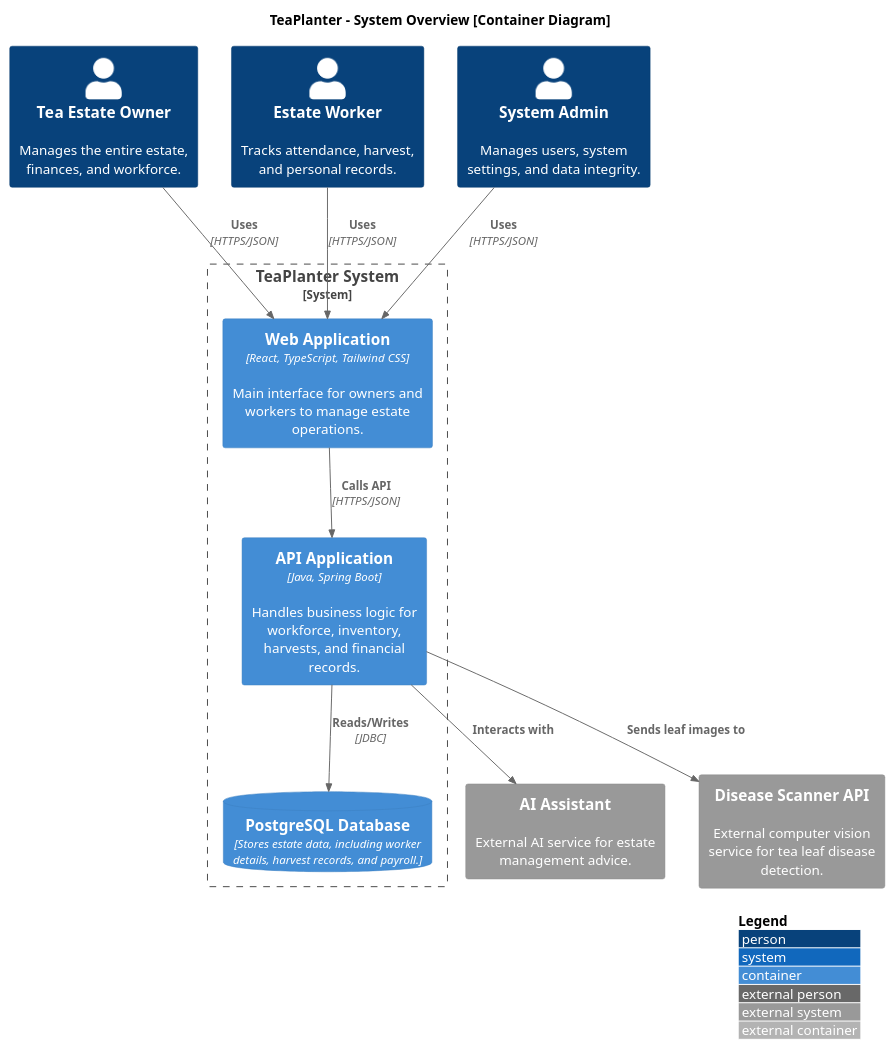
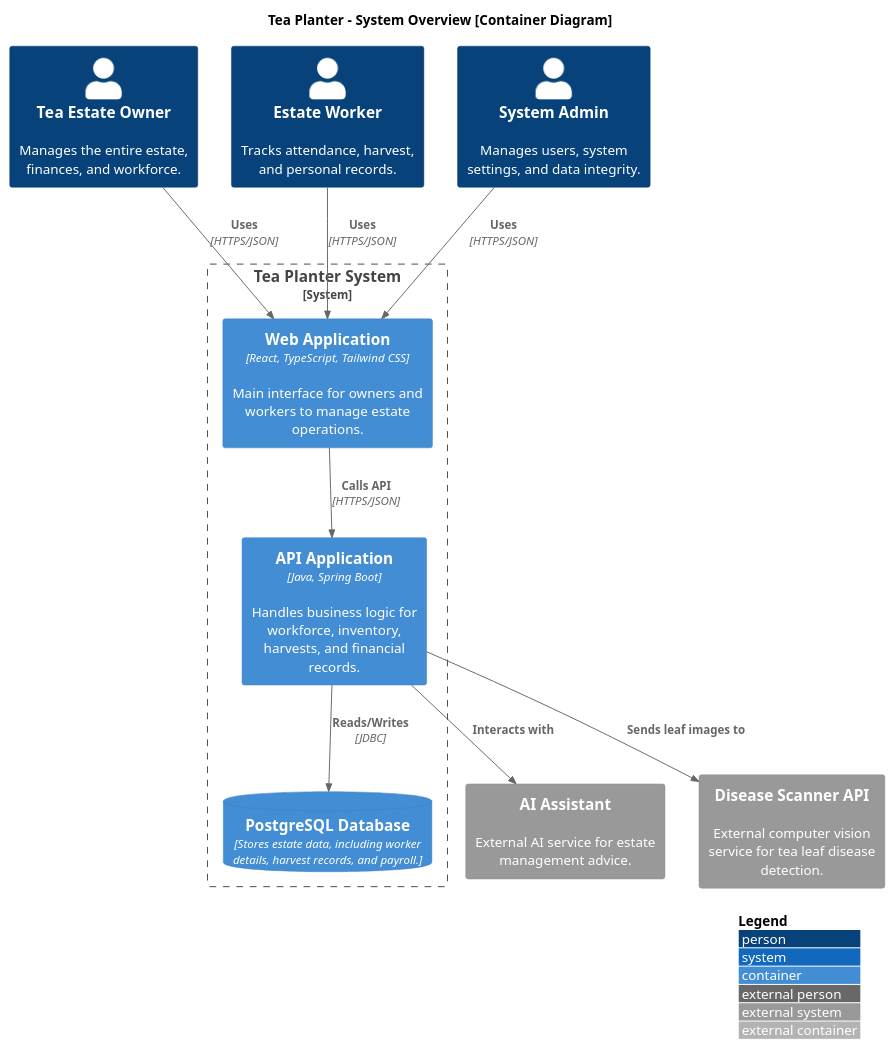
One commit to JayashanManodya/Tea-Planter changed the diagram in system_overview.puml. Above: the diagram before and after it, drawn with PlantUML. The commit also changed 23 other files, not shown here.

```diff
--- a/system_overview.puml
+++ b/system_overview.puml
@@ -1,30 +1,30 @@
 @startuml system_overview
 !include https://raw.githubusercontent.com/plantuml-office/C4-PlantUML/master/C4_Container.puml
 
 LAYOUT_WITH_LEGEND()
 
-title "TeaPlanter - System Overview [Container Diagram]"
+title "Tea Planter - System Overview [Container Diagram]"
 
 Person(owner, "Tea Estate Owner", "Manages the entire estate, finances, and workforce.")
 Person(worker, "Estate Worker", "Tracks attendance, harvest, and personal records.")
 Person(admin, "System Admin", "Manages users, system settings, and data integrity.")
 
-System_Boundary(teaplanter, "TeaPlanter System") {
+System_Boundary(teaplanter, "Tea Planter System") {
     Container(web_app, "Web Application", "React, TypeScript, Tailwind CSS", "Main interface for owners and workers to manage estate operations.")
     Container(api_service, "API Application", "Java, Spring Boot", "Handles business logic for workforce, inventory, harvests, and financial records.")
     ContainerDb(database, "PostgreSQL Database", "Stores estate data, including worker details, harvest records, and payroll.")
 }
 
 System_Ext(ai_assistant, "AI Assistant", "External AI service for estate management advice.")
 System_Ext(disease_scanner, "Disease Scanner API", "External computer vision service for tea leaf disease detection.")
 
 Rel(owner, web_app, "Uses", "HTTPS/JSON")
 Rel(worker, web_app, "Uses", "HTTPS/JSON")
 Rel(admin, web_app, "Uses", "HTTPS/JSON")
 
 Rel(web_app, api_service, "Calls API", "HTTPS/JSON")
 Rel(api_service, database, "Reads/Writes", "JDBC")
 Rel(api_service, ai_assistant, "Interacts with")
 Rel(api_service, disease_scanner, "Sends leaf images to")
 
 @enduml
```
